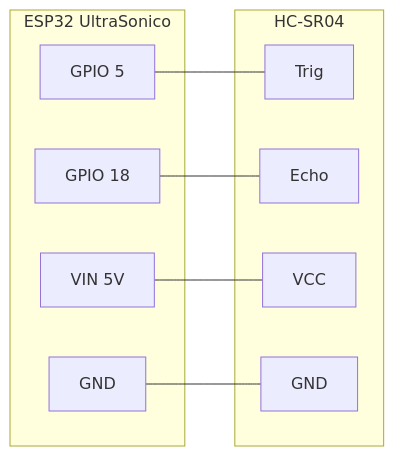
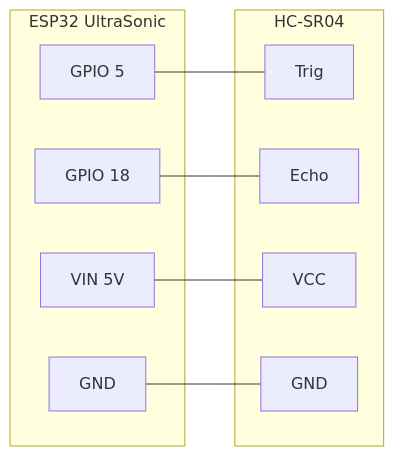
The second of 6 diagrams in README.md (JesusxAriel/Practica2IoTGrupo7), drawn with Mermaid before and after one commit. The commit also changed other lines of this file and 1 other file, not shown here.

````diff
--- a/README.md
+++ b/README.md
@@ -165,21 +182,21 @@
 ```mermaid
 flowchart LR
-    subgraph ESP["ESP32 UltraSonico"]
+    subgraph ESP["ESP32 UltraSonic"]
         P5["GPIO 5"]
         P18["GPIO 18"]
         V5["VIN 5V"]
         G["GND"]
     end
 
     subgraph HC["HC-SR04"]
         TRIG["Trig"]
         ECHO["Echo"]
         VCC["VCC"]
         GND2["GND"]
     end
 
     P5 --- TRIG
     P18 --- ECHO
     V5 --- VCC
     G --- GND2
 ```
````
